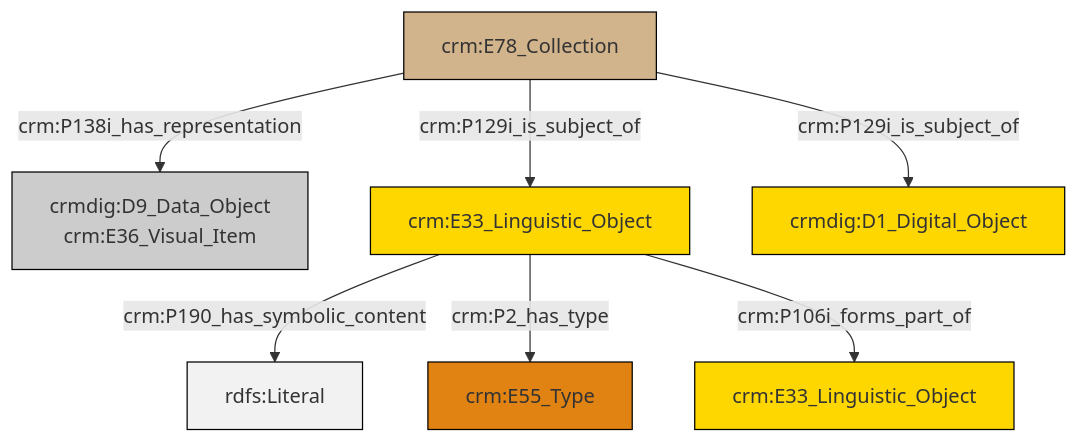
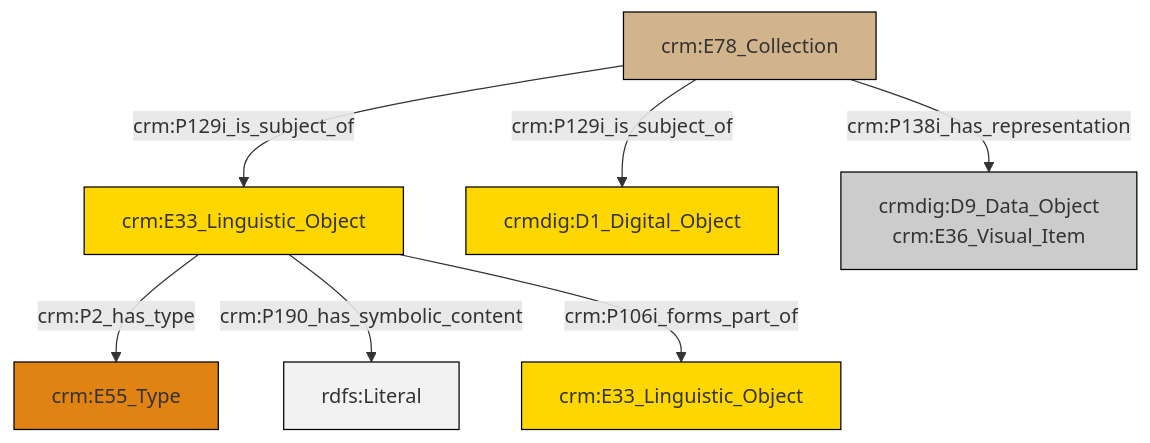
One commit to swiss-art-research-net/docs.swissartresearch changed the diagram in et/archivalCSV/ttl/mmd/archival_docs.ttl.mmd. Above: the diagram before and after it, drawn with Mermaid. The commit also changed 183 other files, not shown here.

```diff
--- a/et/archivalCSV/ttl/mmd/archival_docs.ttl.mmd
+++ b/et/archivalCSV/ttl/mmd/archival_docs.ttl.mmd
@@ -1,21 +1,21 @@
 graph TD
 classDef Literal fill:#f2f2f2,stroke:#000000;
 classDef CRM_Entity fill:#FFFFFF,stroke:#000000;
 classDef Temporal_Entity fill:#00C9E6, stroke:#000000;
 classDef Type fill:#E18312, stroke:#000000;
 classDef Time-Span fill:#2C9C91, stroke:#000000;
 classDef Appellation fill:#FFEB7F, stroke:#000000;
 classDef Place fill:#008836, stroke:#000000;
 classDef Persistent_Item fill:#B266B2, stroke:#000000;
 classDef Conceptual_Object fill:#FFD700, stroke:#000000;
 classDef Physical_Thing fill:#D2B48C, stroke:#000000;
 classDef Actor fill:#f58aad, stroke:#000000;
 classDef PC_Classes fill:#4ce600, stroke:#000000;
 classDef Multi fill:#cccccc,stroke:#000000;
 
-2["crm:E33_Linguistic_Object"]:::Conceptual_Object -->|crm:P190_has_symbolic_content| 3[rdfs:Literal]:::Literal
-2["crm:E33_Linguistic_Object"]:::Conceptual_Object -->|crm:P2_has_type| 5["crm:E55_Type"]:::Type
-11["crm:E78_Collection"]:::Physical_Thing -->|crm:P129i_is_subject_of| 2["crm:E33_Linguistic_Object"]:::Conceptual_Object
-11["crm:E78_Collection"]:::Physical_Thing -->|crm:P129i_is_subject_of| 8["crmdig:D1_Digital_Object"]:::Conceptual_Object
-2["crm:E33_Linguistic_Object"]:::Conceptual_Object -->|crm:P106i_forms_part_of| 6["crm:E33_Linguistic_Object"]:::Conceptual_Object
-11["crm:E78_Collection"]:::Physical_Thing -->|crm:P138i_has_representation| 0["crmdig:D9_Data_Object<br>crm:E36_Visual_Item"]:::Multi
+0["crm:E78_Collection"]:::Physical_Thing -->|crm:P129i_is_subject_of| 1["crm:E33_Linguistic_Object"]:::Conceptual_Object
+1["crm:E33_Linguistic_Object"]:::Conceptual_Object -->|crm:P2_has_type| 3["crm:E55_Type"]:::Type
+1["crm:E33_Linguistic_Object"]:::Conceptual_Object -->|crm:P190_has_symbolic_content| 14[rdfs:Literal]:::Literal
+0["crm:E78_Collection"]:::Physical_Thing -->|crm:P129i_is_subject_of| 5["crmdig:D1_Digital_Object"]:::Conceptual_Object
+1["crm:E33_Linguistic_Object"]:::Conceptual_Object -->|crm:P106i_forms_part_of| 10["crm:E33_Linguistic_Object"]:::Conceptual_Object
+0["crm:E78_Collection"]:::Physical_Thing -->|crm:P138i_has_representation| 7["crmdig:D9_Data_Object<br>crm:E36_Visual_Item"]:::Multi
```
